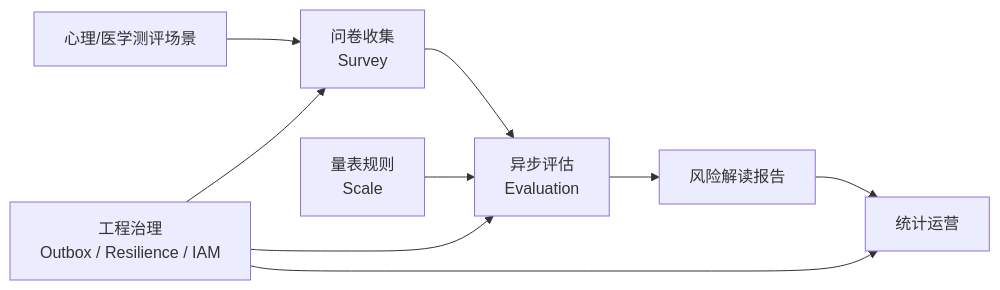
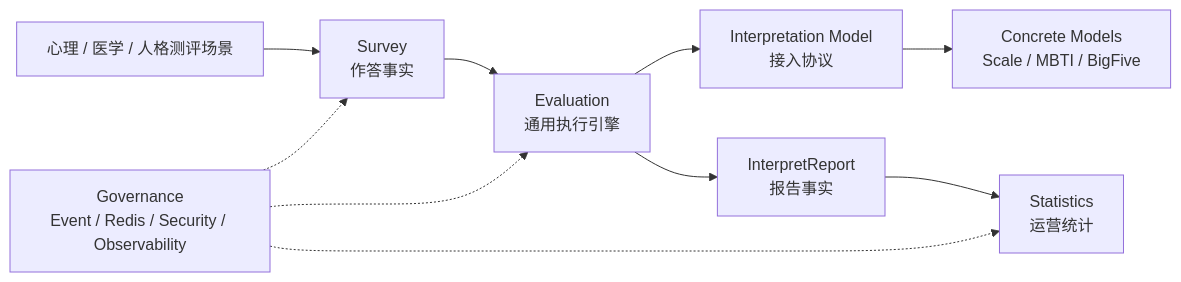
Before and after one commit to FangcunMount/qs-server: the second of 13 diagrams in docs/06-宣讲/10-架构图素材索引.md, drawn with Mermaid. The commit also changed other lines of this file and 25 other files, not shown here.

````diff
--- a/docs/06-宣讲/10-架构图素材索引.md
+++ b/docs/06-宣讲/10-架构图素材索引.md
@@ -116,16 +181,21 @@
 ```mermaid
 flowchart LR
-    Business["心理/医学测评场景"]
-    Survey["问卷收集<br/>Survey"]
-    Scale["量表规则<br/>Scale"]
-    Eval["异步评估<br/>Evaluation"]
-    Report["风险解读报告"]
-    Stats["统计运营"]
-    Governance["工程治理<br/>Outbox / Resilience / IAM"]
+    Scene["心理 / 医学 / 人格测评场景"]
+    Survey["Survey<br/>作答事实"]
+    IM["Interpretation Model<br/>接入协议"]
+    Models["Concrete Models<br/>Scale / MBTI / BigFive"]
+    Eval["Evaluation<br/>通用执行引擎"]
+    Report["InterpretReport<br/>报告事实"]
+    Stats["Statistics<br/>运营统计"]
+    Governance["Governance<br/>Event / Redis / Security / Observability"]
 
-    Business --> Survey --> Eval --> Report --> Stats
-    Scale --> Eval
-    Governance --> Survey
-    Governance --> Eval
-    Governance --> Stats
+    Scene --> Survey
+    Survey --> Eval
+    Eval --> IM
+    IM --> Models
+    Eval --> Report
+    Report --> Stats
+    Governance -.-> Survey
+    Governance -.-> Eval
+    Governance -.-> Stats
 ```
````
